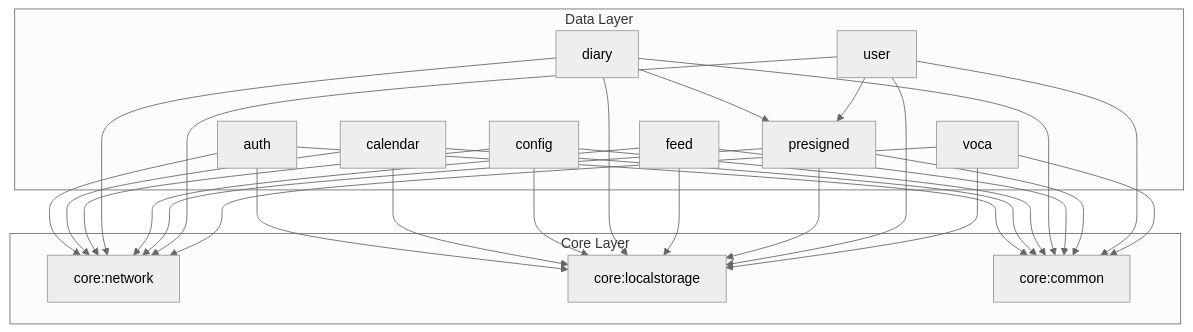
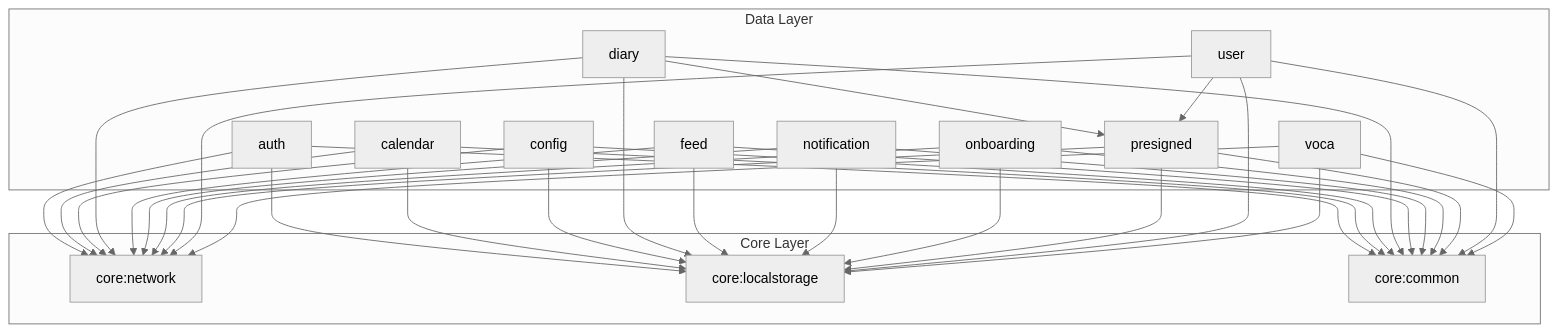
One commit to Hi-lingual/Hilingual-Android changed the third of 4 diagrams in README.md. Above: the diagram before and after it, drawn with Mermaid (neutral theme). The commit also changed other lines of this file, not shown here.

````diff
--- a/README.md
+++ b/README.md
@@ -113,53 +123,63 @@
 ```mermaid
 graph TD
     subgraph Data Layer
         auth["auth"]
         calendar["calendar"]
         config["config"]
         diary["diary"]
         feed["feed"]
+        notification["notification"]
+        onboarding["onboarding"]
         presigned["presigned"]
         user["user"]
         voca["voca"]
     end
 
     subgraph Core Layer
         core_network["core:network"]
         core_localstorage["core:localstorage"]
         core_common["core:common"]
     end
 
     auth --> core_network
     auth --> core_localstorage
     auth --> core_common
 
     calendar --> core_network
     calendar --> core_localstorage
     calendar --> core_common
 
     config --> core_network
     config --> core_localstorage
     config --> core_common
 
     diary --> presigned
     diary --> core_network
     diary --> core_localstorage
     diary --> core_common
 
     feed --> core_network
     feed --> core_localstorage
     feed --> core_common
 
+    notification --> core_network
+    notification --> core_localstorage
+    notification --> core_common
+
+    onboarding --> core_network
+    onboarding --> core_localstorage
+    onboarding --> core_common
+
     presigned --> core_network
     presigned --> core_localstorage
     presigned --> core_common
 
     user --> presigned
     user --> core_network
     user --> core_localstorage
     user --> core_common
 
     voca --> core_network
     voca --> core_localstorage
     voca --> core_common
 ```
````
